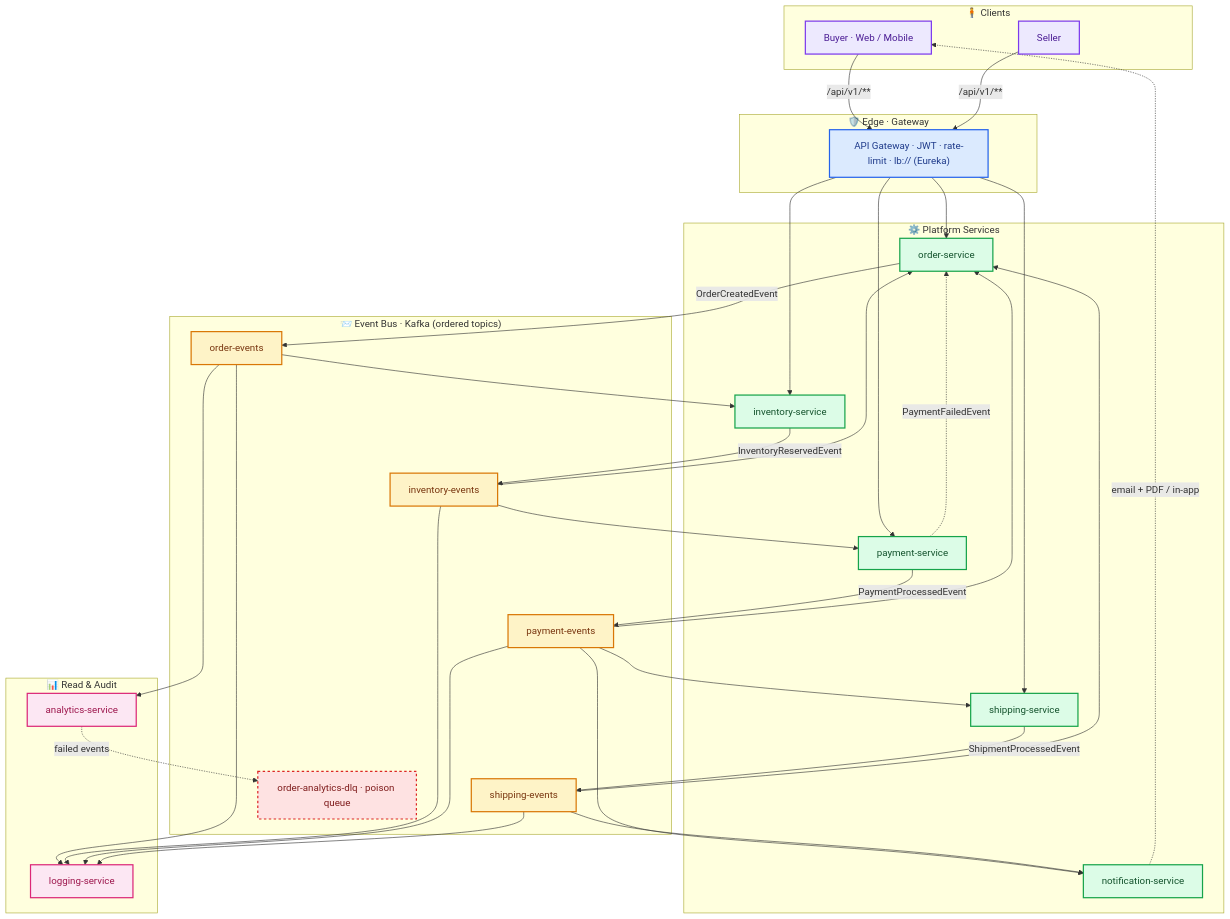
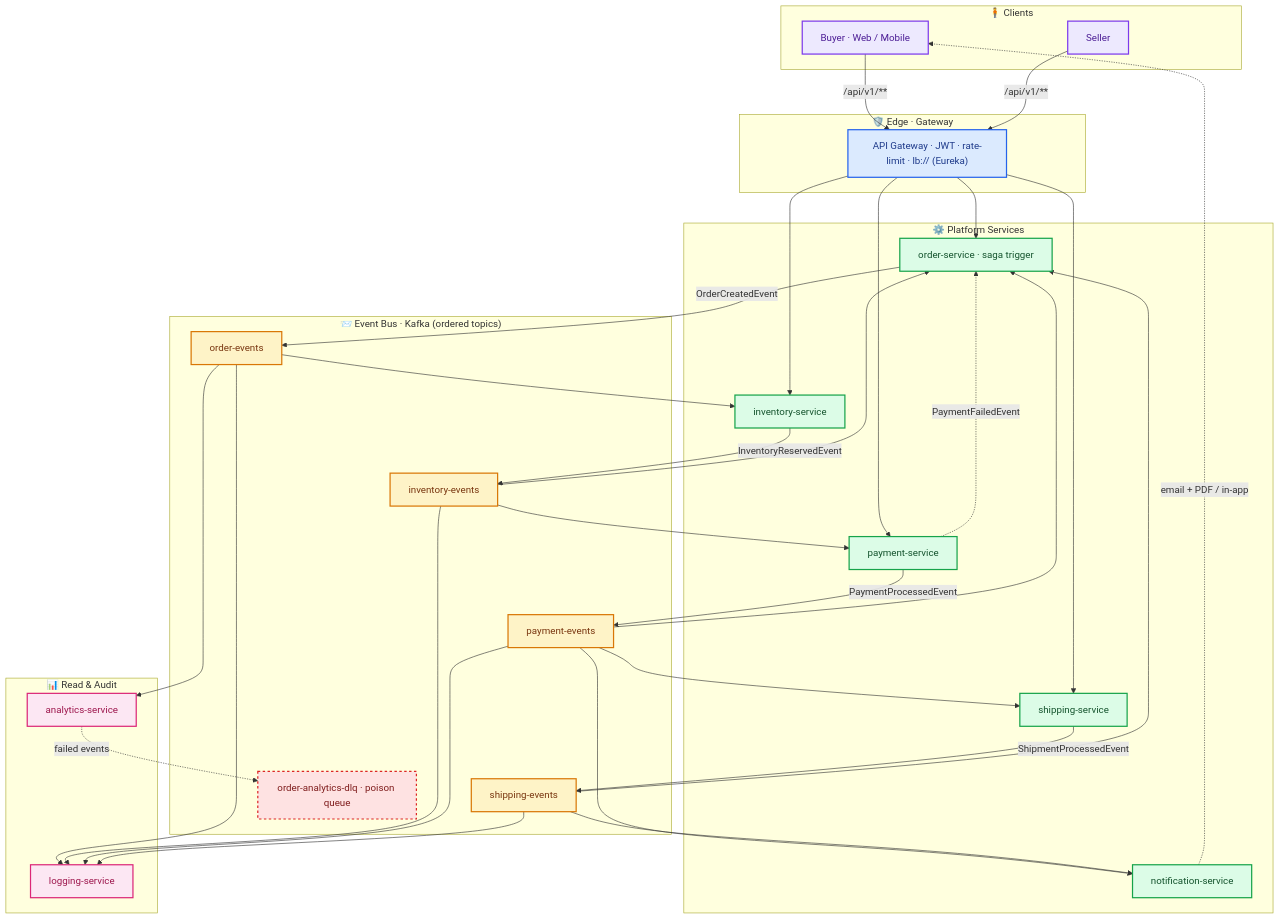
Before and after one commit to zexxitywave/EventDrivenMesh: the second of 3 diagrams in README.md, drawn with Mermaid.

Commit message:
docs(readme): label order-service as saga trigger in diagram

````diff
--- a/README.md
+++ b/README.md
@@ -209,67 +209,67 @@
 ```mermaid
 flowchart TB
 
     subgraph CLIENTS["🧍 Clients"]
         BUYER["Buyer · Web / Mobile"]
         SELLER["Seller"]
     end
 
     subgraph EDGE["🛡️ Edge · Gateway"]
         GW["API Gateway · JWT · rate-limit · lb:// (Eureka)"]
     end
 
     subgraph SVC["⚙️ Platform Services"]
-        ORD["order-service"]
+        ORD["order-service · saga trigger"]
         INV["inventory-service"]
         PAY["payment-service"]
         SHP["shipping-service"]
         NOT["notification-service"]
     end
 
     subgraph BUS["📨 Event Bus · Kafka (ordered topics)"]
         OE["order-events"]
         IE["inventory-events"]
         PE["payment-events"]
         SE["shipping-events"]
         DLQ["order-analytics-dlq · poison queue"]
     end
 
     subgraph OBS["📊 Read & Audit"]
         ANS["analytics-service"]
         LGS["logging-service"]
     end
 
     BUYER -- /api/v1/** --> GW
     SELLER -- /api/v1/** --> GW
     GW --> ORD & INV & PAY & SHP
 
     ORD -- OrderCreatedEvent --> OE
     OE --> INV & ANS & LGS
 
     INV -- InventoryReservedEvent --> IE
     IE --> ORD & PAY & LGS
 
     PAY -- PaymentProcessedEvent --> PE
     PE --> ORD & SHP & NOT & LGS
 
     SHP -- ShipmentProcessedEvent --> SE
     SE --> ORD & NOT & LGS
 
     PAY -. PaymentFailedEvent .-> ORD
     NOT -. email + PDF / in-app .-> BUYER
     ANS -. failed events .-> DLQ
 
     classDef client fill:#ede9fe,stroke:#7c3aed,color:#4c1d95,stroke-width:2px;
     classDef edge  fill:#dbeafe,stroke:#2563eb,color:#1e3a8a,stroke-width:2px;
     classDef svc   fill:#dcfce7,stroke:#16a34a,color:#14532d,stroke-width:2px;
     classDef bus   fill:#fef3c7,stroke:#d97706,color:#78350f,stroke-width:2px;
     classDef obs   fill:#fce7f3,stroke:#db2777,color:#9d174d,stroke-width:2px;
     classDef dlq   fill:#fee2e2,stroke:#dc2626,color:#7f1d1d,stroke-width:2px,stroke-dasharray:4;
 
     class BUYER,SELLER client;
     class GW edge;
     class ORD,INV,PAY,SHP,NOT svc;
     class OE,IE,PE,SE bus;
     class ANS,LGS obs;
     class DLQ dlq;
 ```
````
